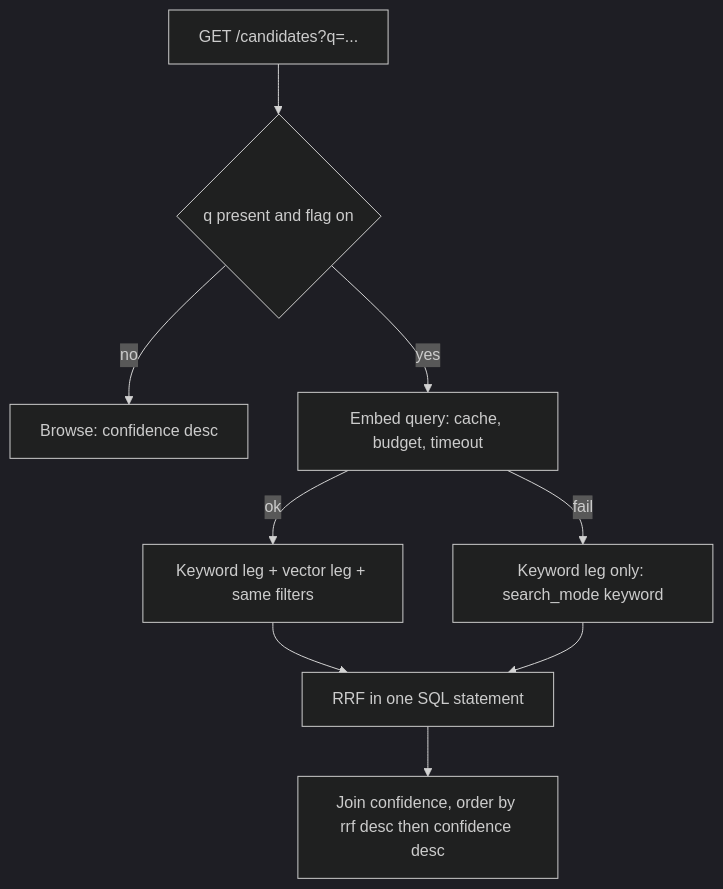
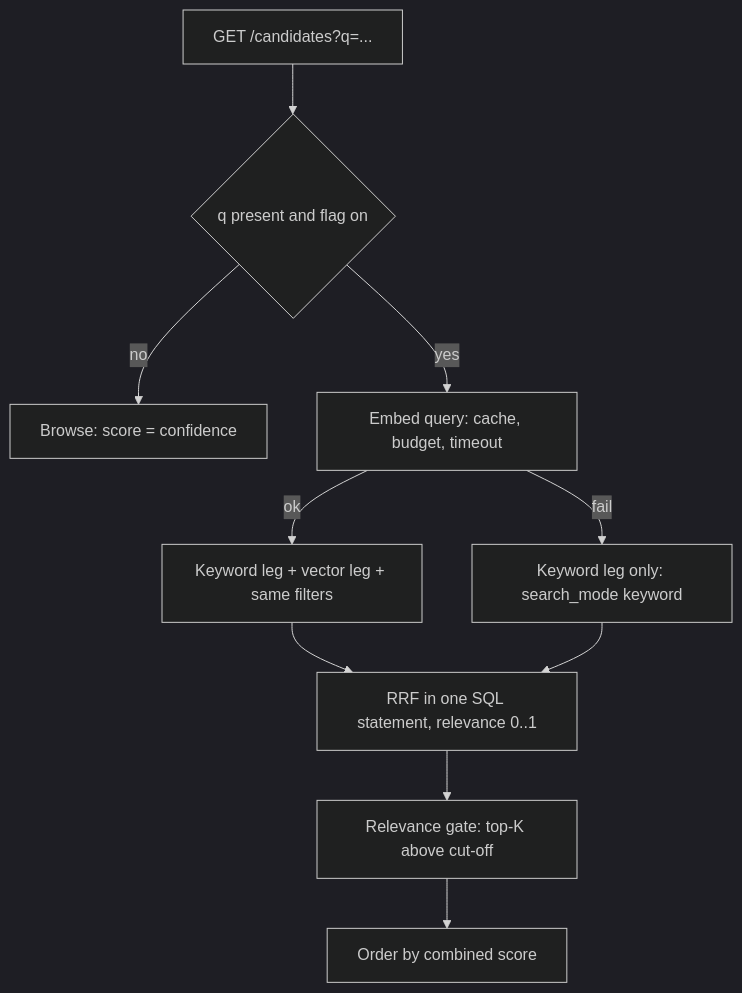
One commit to vadim-schultz/redtape changed the third of 3 diagrams in .plans/search-first/00-architecture.md. Above: the diagram before and after it, drawn with Mermaid (dark theme). The commit also changed other lines of this file and 23 other files, not shown here.

````diff
--- a/.plans/search-first/00-architecture.md
+++ b/.plans/search-first/00-architecture.md
@@ -99,11 +119,12 @@
 ```mermaid
 flowchart TD
   A[GET /candidates?q=...] --> B{q present and flag on}
-  B -- no --> C[Browse: confidence desc]
+  B -- no --> C[Browse: score = confidence]
   B -- yes --> D[Embed query: cache, budget, timeout]
   D -- ok --> E[Keyword leg + vector leg + same filters]
   D -- fail --> F[Keyword leg only: search_mode keyword]
-  E --> G[RRF in one SQL statement]
+  E --> G[RRF in one SQL statement, relevance 0..1]
   F --> G
-  G --> H[Join confidence, order by rrf desc then confidence desc]
+  G --> H[Relevance gate: top-K above cut-off]
+  H --> I[Order by combined score]
 ```
````
